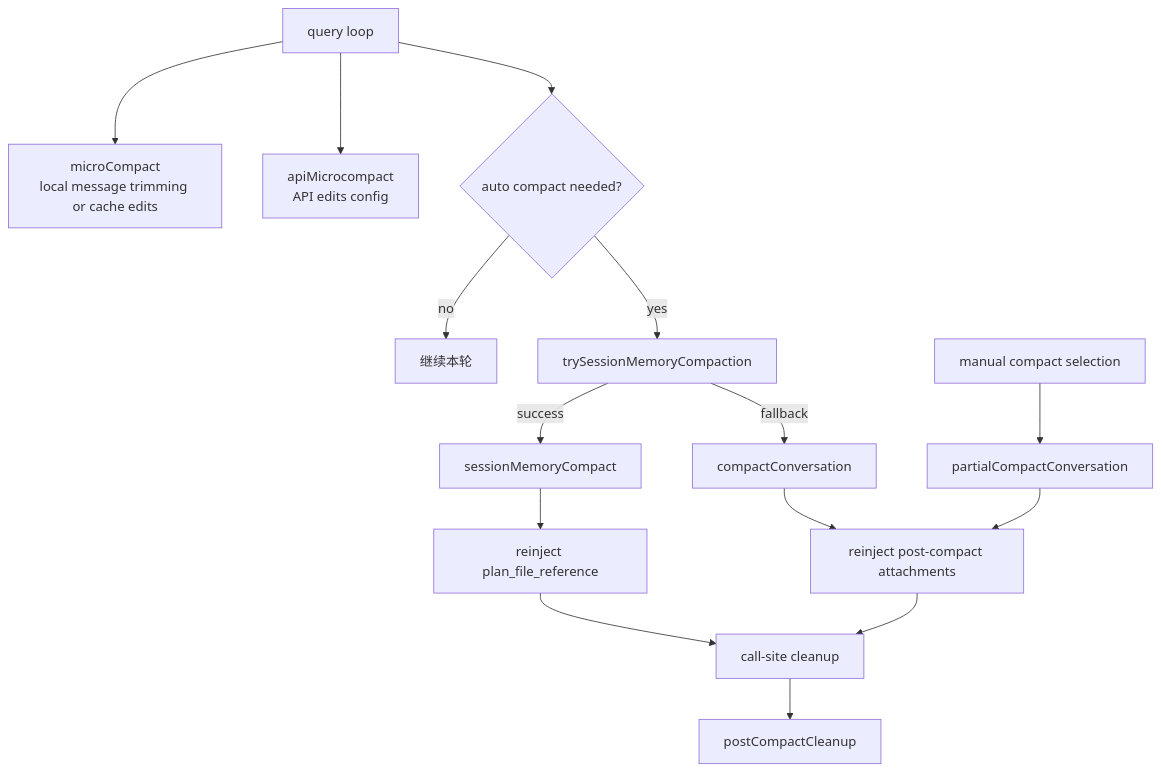
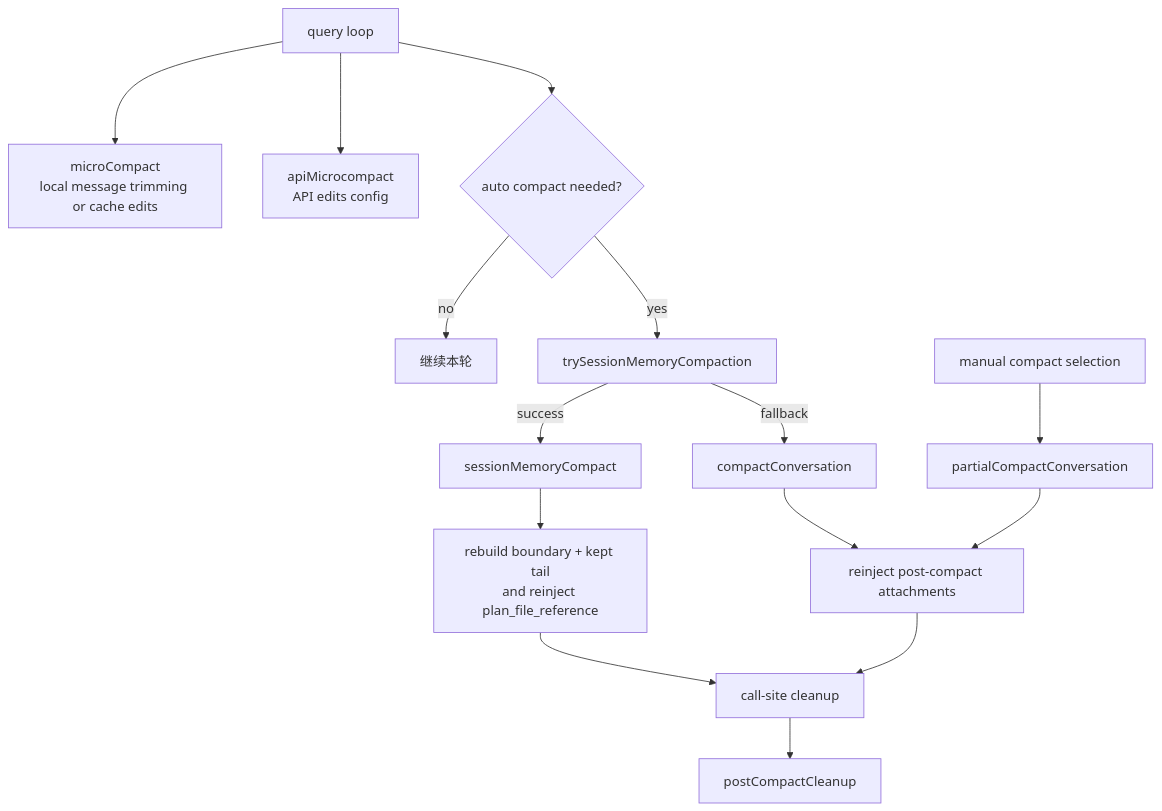
Before and after one commit to Boulea7/ClaudeCode-Source-DeepDive: the first of 2 diagrams in MODULES/02-planning-compaction-and-assistant/DEEP/README.md, drawn with Mermaid. The commit also changed other lines of this file and 8 other files, not shown here.

````diff
--- a/MODULES/02-planning-compaction-and-assistant/DEEP/README.md
+++ b/MODULES/02-planning-compaction-and-assistant/DEEP/README.md
@@ -276,17 +275,17 @@
 ```mermaid
 flowchart TD
     A[query loop] --> B[microCompact<br/>local message trimming or cache edits]
     A --> C[apiMicrocompact<br/>API edits config]
     A --> D{auto compact needed?}
     D -- no --> E[继续本轮]
     D -- yes --> F[trySessionMemoryCompaction]
     F -- success --> G[sessionMemoryCompact]
     F -- fallback --> H[compactConversation]
     I[manual compact selection] --> J[partialCompactConversation]
-    G --> K[reinject plan_file_reference]
+    G --> K[rebuild boundary + kept tail<br/>and reinject plan_file_reference]
     H --> L[reinject post-compact attachments]
     J --> L
     M[call-site cleanup] --> N[postCompactCleanup]
     K --> M
     L --> M
 ```
````
